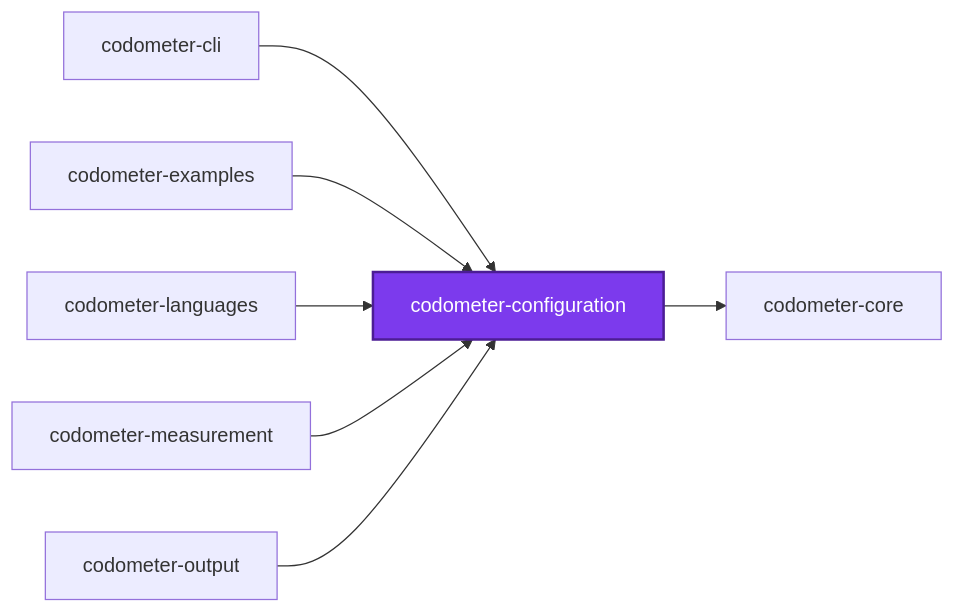
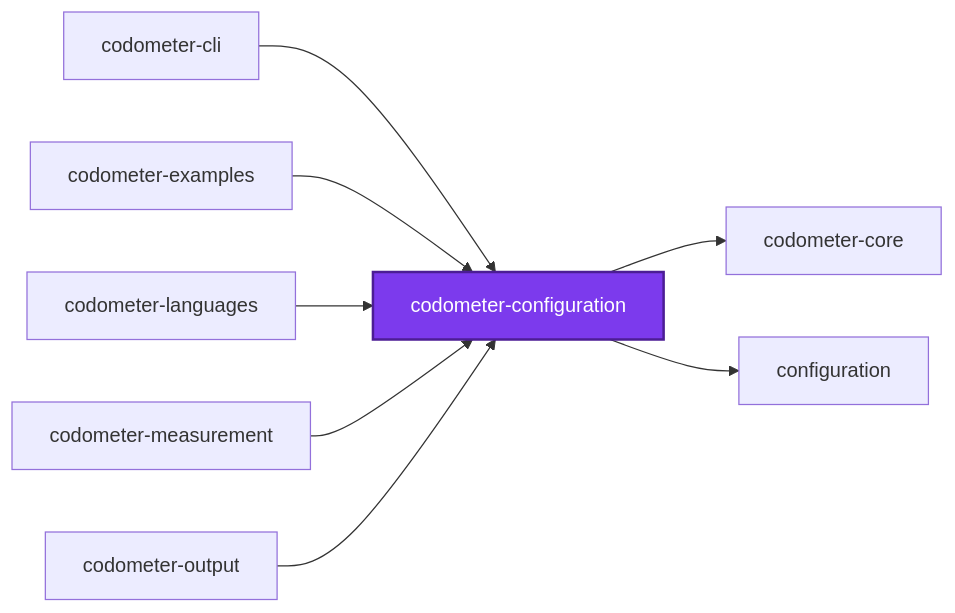
One commit to organizzolini/codebase changed the first of 3 diagrams in projects/ic-suite/codometer/codometer-configuration/README.md. Above: the diagram before and after it, drawn with Mermaid. The commit also changed other lines of this file and 2324 other files, not shown here.

````diff
--- a/projects/ic-suite/codometer/codometer-configuration/README.md
+++ b/projects/ic-suite/codometer/codometer-configuration/README.md
@@ -586,18 +586,20 @@
 ```mermaid
 graph LR
   codometer_cli["codometer-cli"]
   codometer_configuration["codometer-configuration"]
   codometer_core["codometer-core"]
   codometer_examples["codometer-examples"]
   codometer_languages["codometer-languages"]
   codometer_measurement["codometer-measurement"]
   codometer_output["codometer-output"]
+  configuration["configuration"]
   codometer_cli --> codometer_configuration
   codometer_configuration --> codometer_core
+  codometer_configuration --> configuration
   codometer_examples --> codometer_configuration
   codometer_languages --> codometer_configuration
   codometer_measurement --> codometer_configuration
   codometer_output --> codometer_configuration
   classDef subject fill:#7c3aed,color:#fff,stroke:#4c1d95,stroke-width:2px
   class codometer_configuration subject
 ```
````
